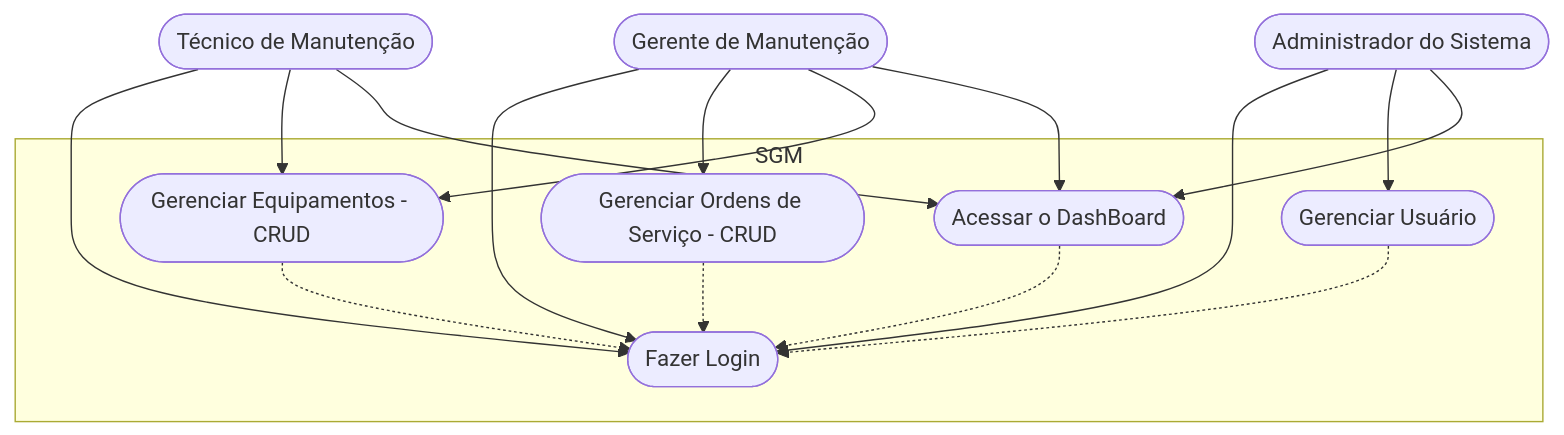
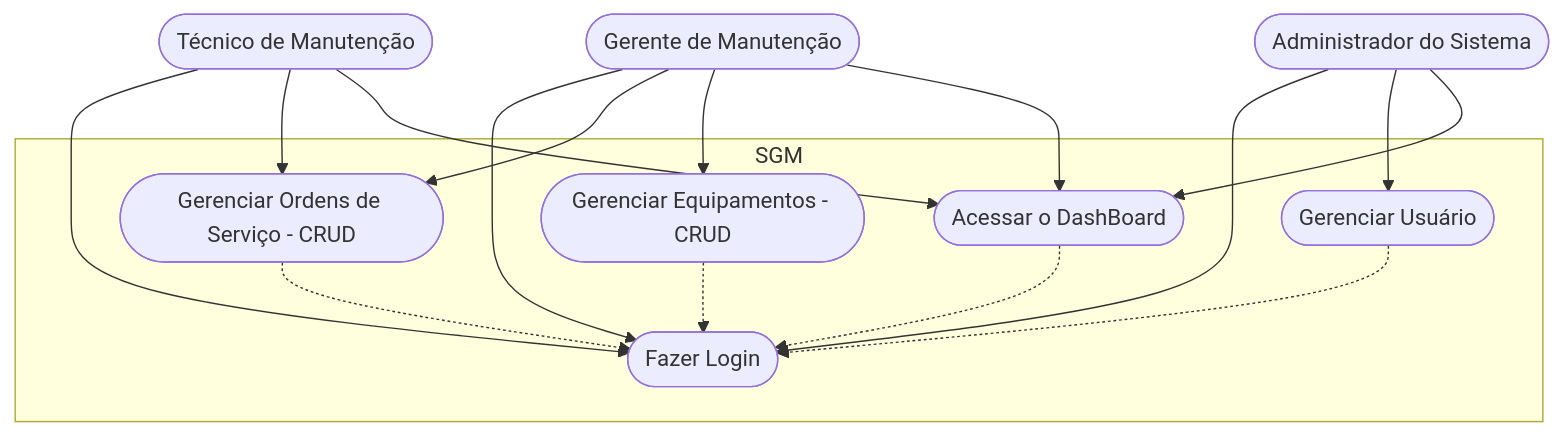
The second of 3 diagrams in FrameWorks/Next/formativa-sgm/README.md (mary-silva2007/CursoFrontEnd-1), drawn with Mermaid before and after one commit. The commit also changed other lines of this file and 10 other files, not shown here.

````diff
--- a/FrameWorks/Next/formativa-sgm/README.md
+++ b/FrameWorks/Next/formativa-sgm/README.md
@@ -93,33 +100,33 @@
 ```mermaid
 graph TD
     subgraph "SGM"
         caso1([Fazer Login])
         caso2([Gerenciar Ordens de Serviço - CRUD])
         caso3([Gerenciar Equipamentos - CRUD])
         caso4([Gerenciar Usuário])
         caso5([Acessar o DashBoard])
     end
 
     Tecnico([Técnico de Manutenção])
     Gestor([Gerente de Manutenção])
     Admin([Administrador do Sistema])
 
     Tecnico --> caso1 
-    Tecnico --> caso3
+    Tecnico --> caso2
     Tecnico --> caso5
 
     Gestor --> caso1
     Gestor --> caso2
     Gestor --> caso3
     Gestor --> caso5
 
     Admin --> caso1
     Admin --> caso4
     Admin --> caso5
 
     caso2 -.-> caso1
     caso3 -.-> caso1
     caso4 -.-> caso1
     caso5 -.-> caso1
 
 ```
````
